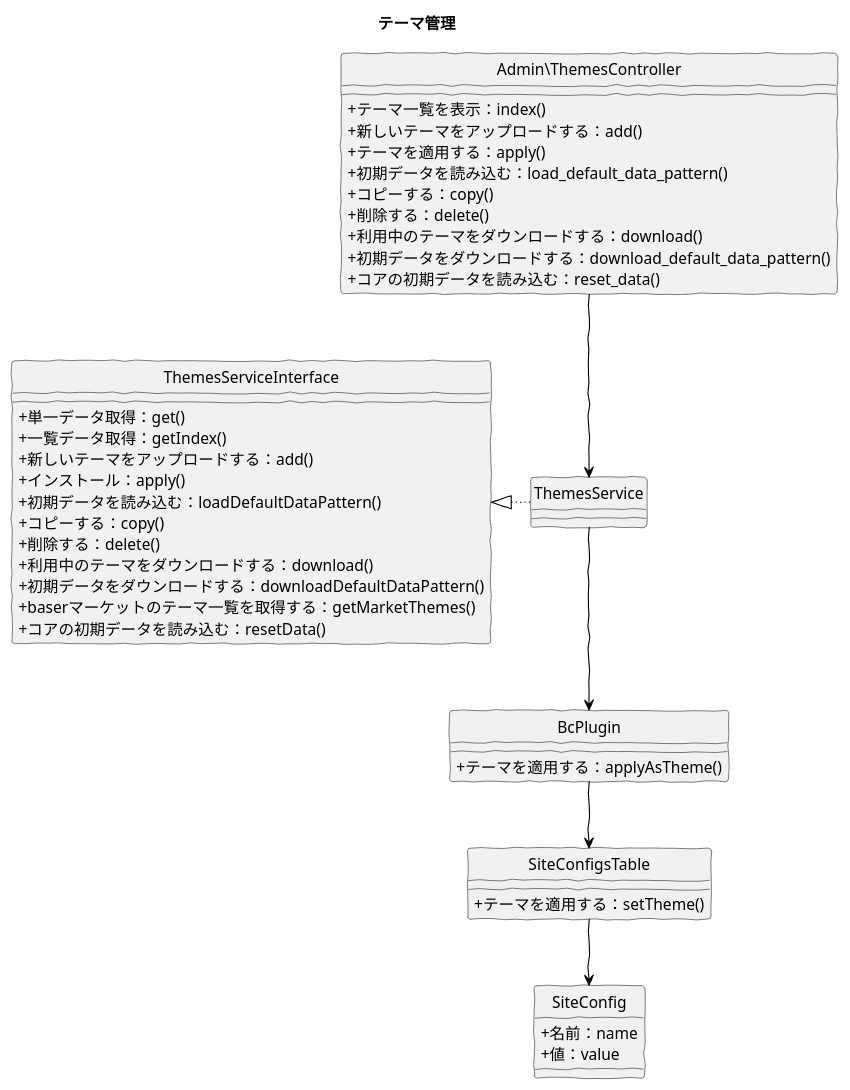
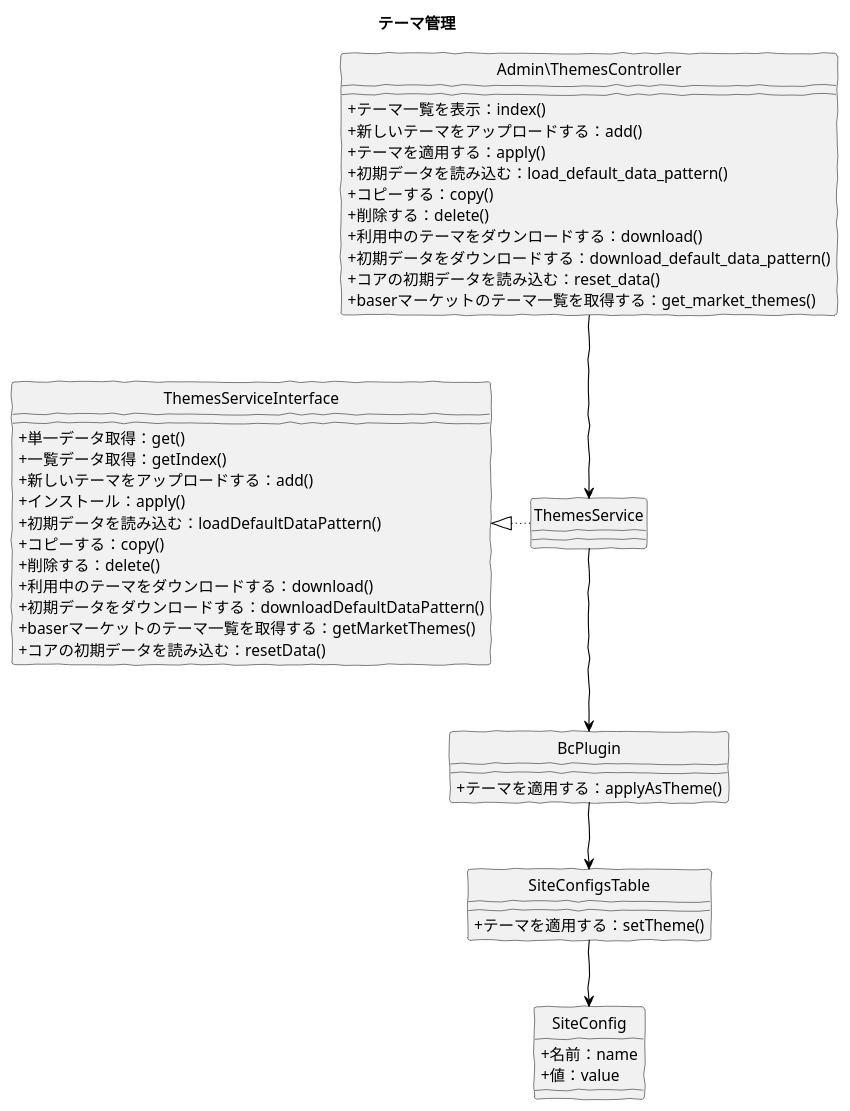
One commit to baserproject/baserproject.github.io changed the diagram in src/puml/5/ucmitz/svg/class/manage_themes.puml. Above: the diagram before and after it, drawn with PlantUML. The commit also changed 1 other file, not shown here.

```diff
--- a/src/puml/5/ucmitz/svg/class/manage_themes.puml
+++ b/src/puml/5/ucmitz/svg/class/manage_themes.puml
@@ -1,57 +1,58 @@
 @startuml
 skinparam handwritten true
 skinparam backgroundColor white
 hide circle
 skinparam classAttributeIconSize 0
 
 title テーマ管理
 
 class Admin\ThemesController {
   + テーマ一覧を表示：index()
   + 新しいテーマをアップロードする：add()
   + テーマを適用する：apply()
   + 初期データを読み込む：load_default_data_pattern()
   + コピーする：copy()
   + 削除する：delete()
   + 利用中のテーマをダウンロードする：download()
   + 初期データをダウンロードする：download_default_data_pattern()
   + コアの初期データを読み込む：reset_data()
+  + baserマーケットのテーマ一覧を取得する：get_market_themes()
 }
 
 class ThemesService {
 }
 
 class ThemesServiceInterface {
   + 単一データ取得：get()
   + 一覧データ取得：getIndex()
 	+ 新しいテーマをアップロードする：add()
   + インストール：apply()
 	+ 初期データを読み込む：loadDefaultDataPattern()
 	+ コピーする：copy()
   + 削除する：delete()
   + 利用中のテーマをダウンロードする：download()
   + 初期データをダウンロードする：downloadDefaultDataPattern()
   + baserマーケットのテーマ一覧を取得する：getMarketThemes()
   + コアの初期データを読み込む：resetData()
 }
 
 class BcPlugin {
 	+ テーマを適用する：applyAsTheme()
 }
 
 class SiteConfigsTable {
   + テーマを適用する：setTheme()
 }
 
 class SiteConfig {
 	+ 名前：name
 	+ 値：value
 }
 
 Admin\ThemesController -down[#Black]-> ThemesService
 ThemesService -down[#Black]-> BcPlugin
 BcPlugin -down[#Black]-> SiteConfigsTable
 ThemesService -left[dotted,#Black]-|> ThemesServiceInterface
 SiteConfigsTable -down[#Black]-> SiteConfig
 
 @enduml
```
